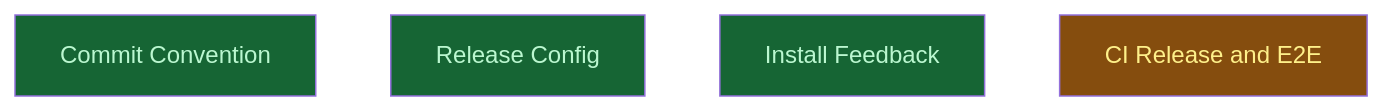
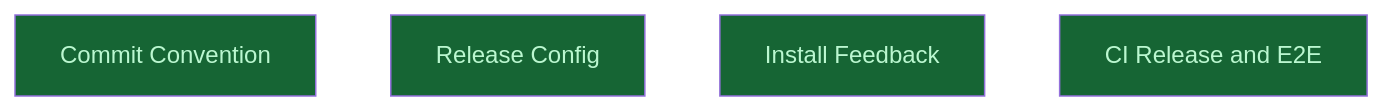
Before and after one commit to LittleCoinCoin/sift: the diagram in __roadmap__/update-flow-hardening/README.md, drawn with Mermaid. The commit also changed other lines of this file and 4 other files, not shown here.

First line of the commit message:
rdm(update-flow-hardening): close the campaign

````diff
--- a/__roadmap__/update-flow-hardening/README.md
+++ b/__roadmap__/update-flow-hardening/README.md
@@ -34,12 +34,12 @@
 ```mermaid
 graph TD
     commit_convention[Commit Convention]:::done
     release_config[Release Config]:::done
     install_feedback[Install Feedback]:::done
-    next[CI Release and E2E]:::inprogress
+    next[CI Release and E2E]:::done
     classDef done       fill:#166534,color:#bbf7d0
     classDef inprogress fill:#854d0e,color:#fef08a
     classDef planned    fill:#374151,color:#e5e7eb
     classDef amendment  fill:#1e3a5f,color:#bfdbfe
     classDef blocked    fill:#7f1d1d,color:#fecaca
 ```
````
